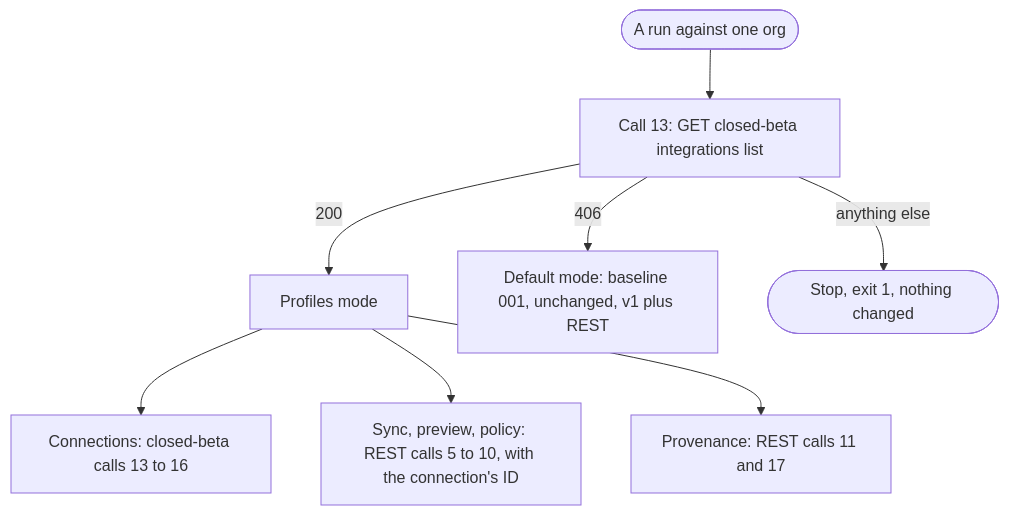
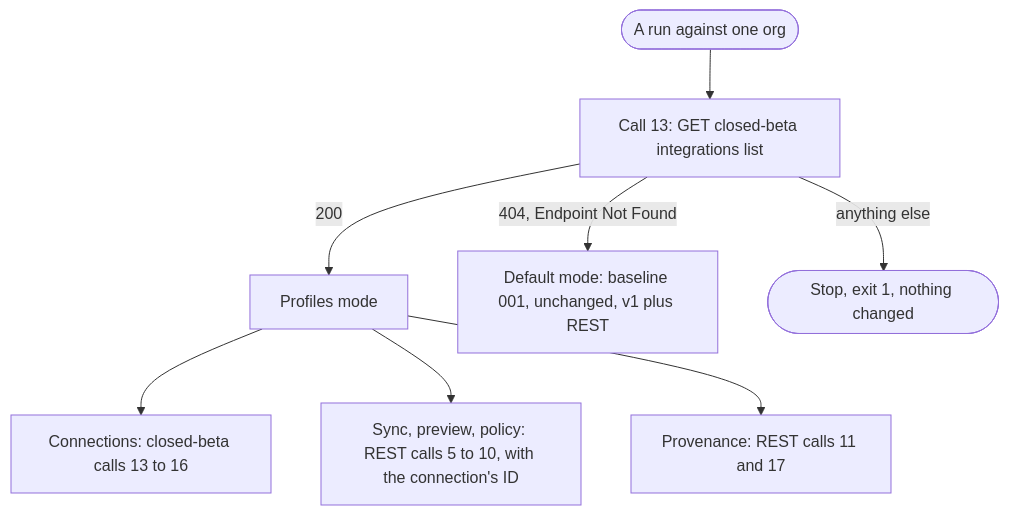
Before and after one commit to atirado-snyk/auto-ecr-onboarding: the first of 4 diagrams in specs/002-multi-ecr-connections/plan.md, drawn with Mermaid. The commit also changed other lines of this file and 5 other files, not shown here.

````diff
--- a/specs/002-multi-ecr-connections/plan.md
+++ b/specs/002-multi-ecr-connections/plan.md
@@ -101,10 +100,10 @@
 ```mermaid
 flowchart TD
     run(["A run against one org"]) --> m["Call 13: GET closed-beta integrations list"]
     m -->|"200"| prof["Profiles mode"]
-    m -->|"406"| def["Default mode: baseline 001, unchanged, v1 plus REST"]
+    m -->|"404, Endpoint Not Found"| def["Default mode: baseline 001, unchanged, v1 plus REST"]
     m -->|"anything else"| stop(["Stop, exit 1, nothing changed"])
     prof --> conn["Connections: closed-beta calls 13 to 16"]
     prof --> sync["Sync, preview, policy: REST calls 5 to 10, with the connection's ID"]
     prof --> prov["Provenance: REST calls 11 and 17"]
 ```
````
